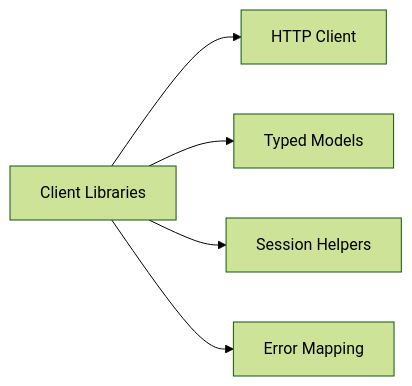
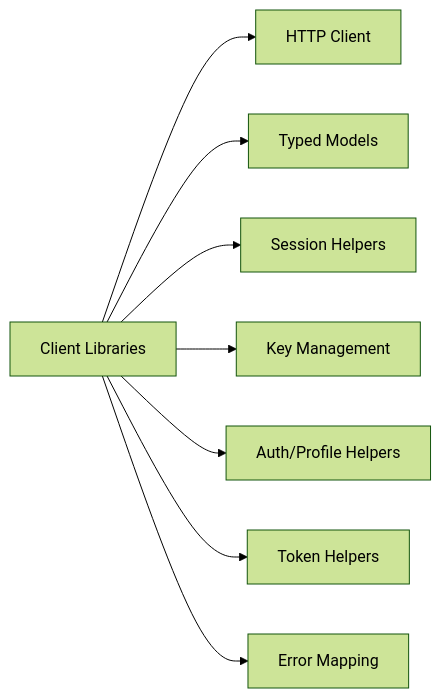
The first of 2 diagrams in docs/architecture/software_architecture_client.md (pluggably/llm_api), drawn with Mermaid (forest theme) before and after one commit. The commit also changed other lines of this file and 119 other files, not shown here.

````diff
--- a/docs/architecture/software_architecture_client.md
+++ b/docs/architecture/software_architecture_client.md
@@ -12,13 +12,19 @@
 ```mermaid
 graph LR
     SDK[Client Libraries]
     HTTP[HTTP Client]
     Models[Typed Models]
     Sessions[Session Helpers]
+    Keys[Key Management]
+    Users[Auth/Profile Helpers]
+    Tokens[Token Helpers]
     Errors[Error Mapping]
 
     SDK --> HTTP
     SDK --> Models
     SDK --> Sessions
+    SDK --> Keys
+    SDK --> Users
+    SDK --> Tokens
     SDK --> Errors
 ```
````
